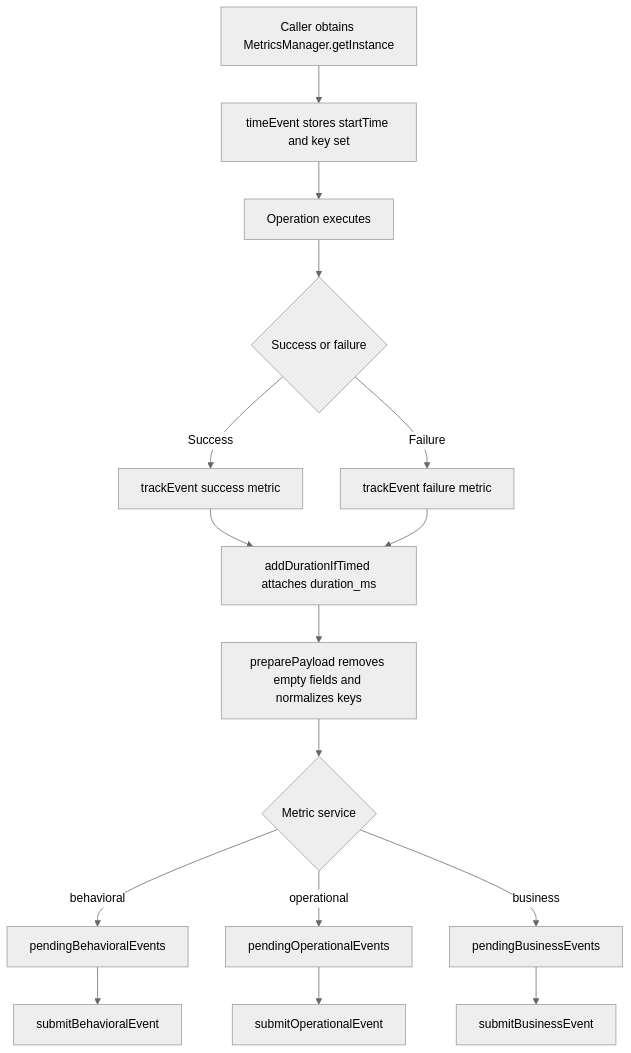
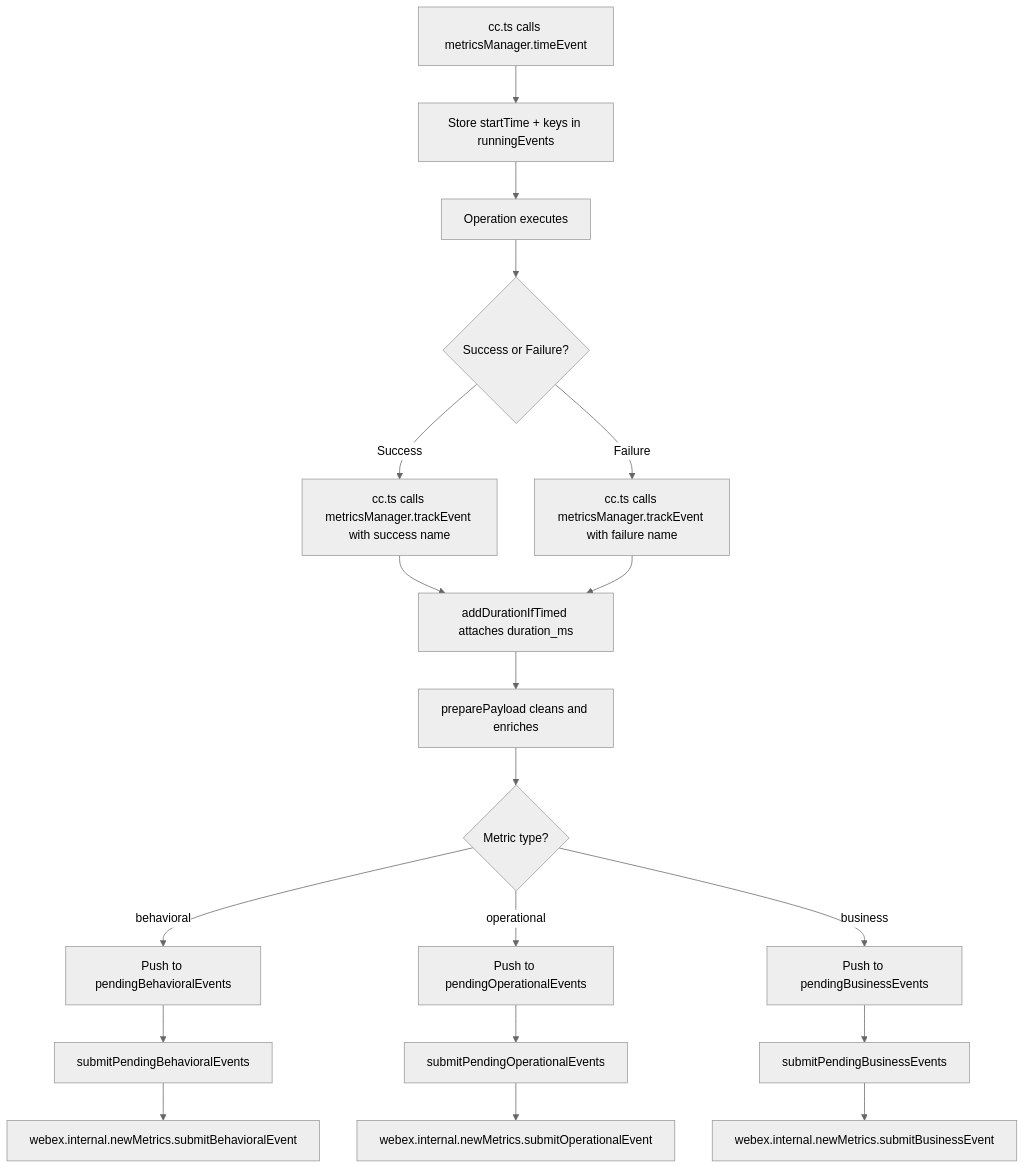
The first of 4 diagrams in packages/@webex/contact-center/src/metrics/ai-docs/ARCHITECTURE.md (webex/webex-js-sdk), drawn with Mermaid (neutral theme) before and after one commit. The commit also changed other lines of this file and 12 other files, not shown here.

````diff
--- a/packages/@webex/contact-center/src/metrics/ai-docs/ARCHITECTURE.md
+++ b/packages/@webex/contact-center/src/metrics/ai-docs/ARCHITECTURE.md
@@ -64,18 +68,21 @@
 ```mermaid
 flowchart TD
-  A[Caller obtains MetricsManager.getInstance] --> B[timeEvent stores startTime and key set]
-  B --> C[Operation executes]
-  C --> D{Success or failure}
-  D -->|Success| E[trackEvent success metric]
-  D -->|Failure| F[trackEvent failure metric]
-  E --> G[addDurationIfTimed attaches duration_ms]
-  F --> G
-  G --> H[preparePayload removes empty fields and normalizes keys]
-  H --> I{Metric service}
-  I -->|behavioral| J[pendingBehavioralEvents]
-  I -->|operational| K[pendingOperationalEvents]
-  I -->|business| L[pendingBusinessEvents]
-  J --> M[submitBehavioralEvent]
-  K --> N[submitOperationalEvent]
-  L --> O[submitBusinessEvent]
+    A[cc.ts calls metricsManager.timeEvent] --> B[Store startTime + keys in runningEvents]
+    B --> C[Operation executes]
+    C --> D{Success or Failure?}
+    D -->|Success| E[cc.ts calls metricsManager.trackEvent with success name]
+    D -->|Failure| F[cc.ts calls metricsManager.trackEvent with failure name]
+    E --> G[addDurationIfTimed attaches duration_ms]
+    F --> G
+    G --> H[preparePayload cleans and enriches]
+    H --> I{Metric type?}
+    I -->|behavioral| J[Push to pendingBehavioralEvents]
+    I -->|operational| K[Push to pendingOperationalEvents]
+    I -->|business| L[Push to pendingBusinessEvents]
+    J --> M[submitPendingBehavioralEvents]
+    K --> N[submitPendingOperationalEvents]
+    L --> O[submitPendingBusinessEvents]
+    M --> P[webex.internal.newMetrics.submitBehavioralEvent]
+    N --> Q[webex.internal.newMetrics.submitOperationalEvent]
+    O --> R[webex.internal.newMetrics.submitBusinessEvent]
 ```
````
